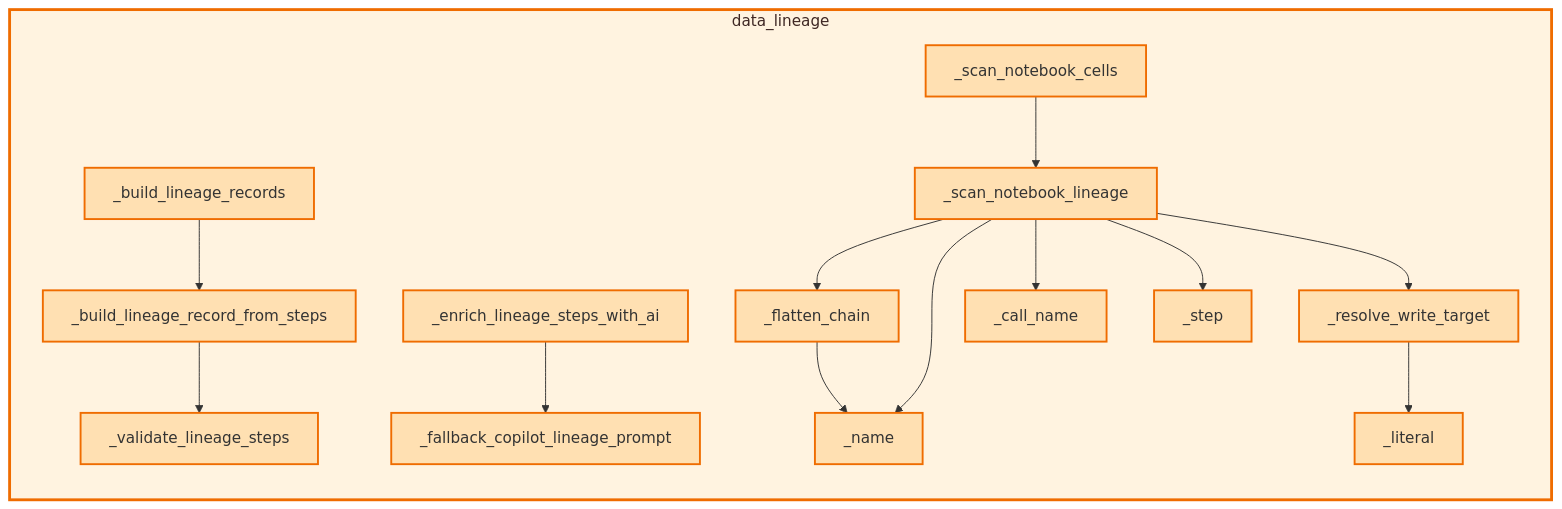
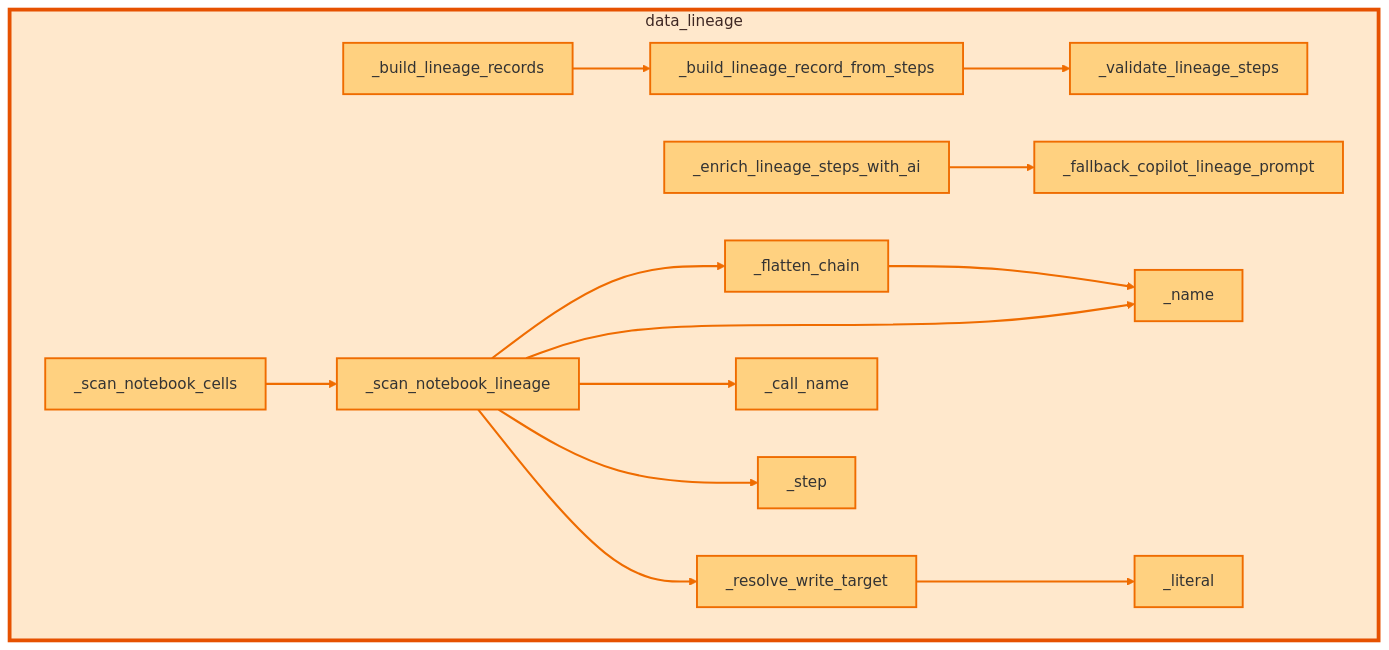
Before and after one commit to Voycepeh/FabricOps-Starter-Kit: the diagram in docs/api/modules/data_lineage.md, drawn with Mermaid. The commit also changed 13 other files, not shown here.

Commit message:
Polish grouped callable diagrams visual hierarchy and noise reduction

````diff
--- a/docs/api/modules/data_lineage.md
+++ b/docs/api/modules/data_lineage.md
@@ -125,35 +125,36 @@
 ```mermaid
-flowchart LR
-  classDef currentModule fill:#fff3e0,stroke:#ef6c00,stroke-width:3px,color:#3e2723;
-  classDef externalModule fill:#f5f5f5,stroke:#9e9e9e,stroke-width:1px,color:#616161;
-  classDef currentCallable fill:#ffe0b2,stroke:#ef6c00,stroke-width:2px;
-  classDef externalCallable fill:#eceff1,stroke:#90a4ae,stroke-width:1px;
+flowchart TB
+  classDef currentModule fill:#ffe8cc,stroke:#e65100,stroke-width:4px,color:#3e2723;
+  classDef externalModule fill:#f7f7f7,stroke:#b0bec5,stroke-width:1px,color:#607d8b;
+  classDef currentCallable fill:#ffd180,stroke:#ef6c00,stroke-width:2px;
+  classDef externalCallable fill:#eceff1,stroke:#b0bec5,stroke-width:1px,color:#455a64;
   subgraph m_data_lineage[data_lineage]
     fabricops_kit_data_lineage__build_lineage_record_from_steps["_build_lineage_record_from_steps"]
     fabricops_kit_data_lineage__build_lineage_records["_build_lineage_records"]
     fabricops_kit_data_lineage__call_name["_call_name"]
     fabricops_kit_data_lineage__enrich_lineage_steps_with_ai["_enrich_lineage_steps_with_ai"]
     fabricops_kit_data_lineage__fallback_copilot_lineage_prompt["_fallback_copilot_lineage_prompt"]
     fabricops_kit_data_lineage__flatten_chain["_flatten_chain"]
     fabricops_kit_data_lineage__literal["_literal"]
     fabricops_kit_data_lineage__name["_name"]
     fabricops_kit_data_lineage__resolve_write_target["_resolve_write_target"]
     fabricops_kit_data_lineage__scan_notebook_cells["_scan_notebook_cells"]
     fabricops_kit_data_lineage__scan_notebook_lineage["_scan_notebook_lineage"]
     fabricops_kit_data_lineage__step["_step"]
     fabricops_kit_data_lineage__validate_lineage_steps["_validate_lineage_steps"]
   end
   fabricops_kit_data_lineage__build_lineage_record_from_steps --> fabricops_kit_data_lineage__validate_lineage_steps
   fabricops_kit_data_lineage__build_lineage_records --> fabricops_kit_data_lineage__build_lineage_record_from_steps
   fabricops_kit_data_lineage__enrich_lineage_steps_with_ai --> fabricops_kit_data_lineage__fallback_copilot_lineage_prompt
   fabricops_kit_data_lineage__flatten_chain --> fabricops_kit_data_lineage__name
   fabricops_kit_data_lineage__resolve_write_target --> fabricops_kit_data_lineage__literal
   fabricops_kit_data_lineage__scan_notebook_cells --> fabricops_kit_data_lineage__scan_notebook_lineage
   fabricops_kit_data_lineage__scan_notebook_lineage --> fabricops_kit_data_lineage__call_name
   fabricops_kit_data_lineage__scan_notebook_lineage --> fabricops_kit_data_lineage__flatten_chain
   fabricops_kit_data_lineage__scan_notebook_lineage --> fabricops_kit_data_lineage__name
   fabricops_kit_data_lineage__scan_notebook_lineage --> fabricops_kit_data_lineage__resolve_write_target
   fabricops_kit_data_lineage__scan_notebook_lineage --> fabricops_kit_data_lineage__step
+  linkStyle 0,1,2,3,4,5,6,7,8,9,10 stroke:#ef6c00,stroke-width:2.2px;
   class m_data_lineage currentModule;
   class fabricops_kit_data_lineage__build_lineage_record_from_steps,fabricops_kit_data_lineage__build_lineage_records,fabricops_kit_data_lineage__call_name,fabricops_kit_data_lineage__enrich_lineage_steps_with_ai,fabricops_kit_data_lineage__fallback_copilot_lineage_prompt,fabricops_kit_data_lineage__flatten_chain,fabricops_kit_data_lineage__literal,fabricops_kit_data_lineage__name,fabricops_kit_data_lineage__resolve_write_target,fabricops_kit_data_lineage__scan_notebook_cells,fabricops_kit_data_lineage__scan_notebook_lineage,fabricops_kit_data_lineage__step,fabricops_kit_data_lineage__validate_lineage_steps currentCallable;
 ```
````
